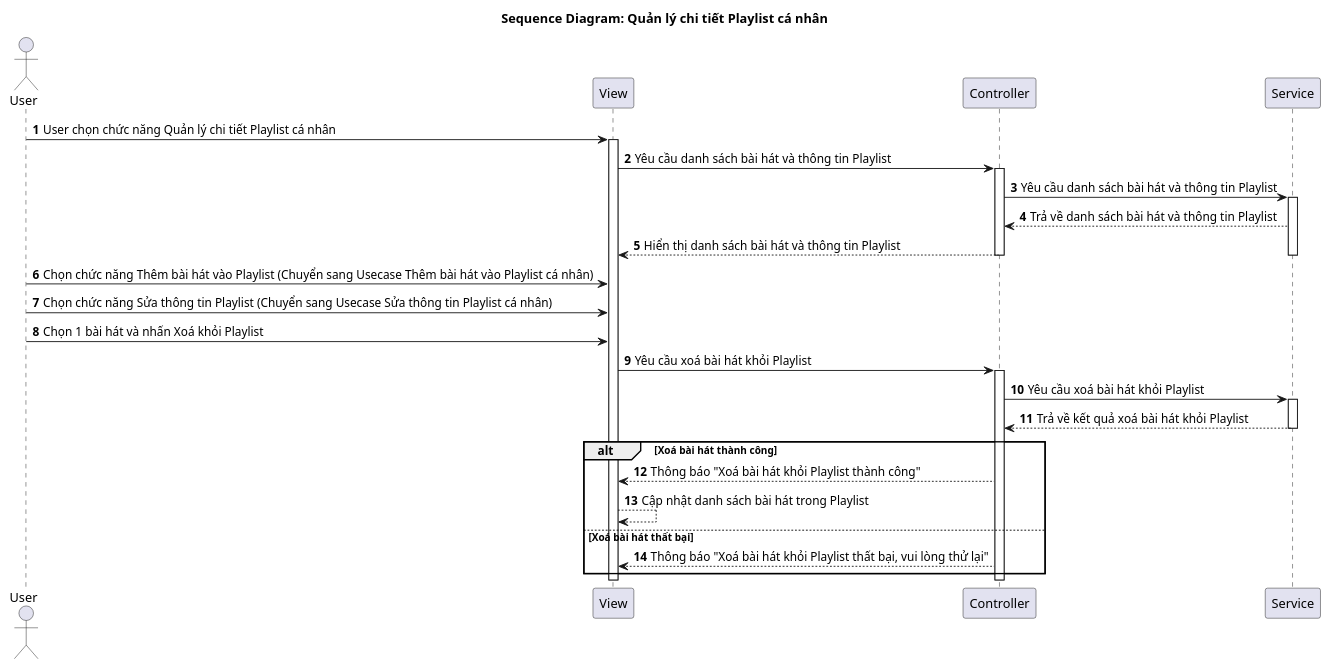
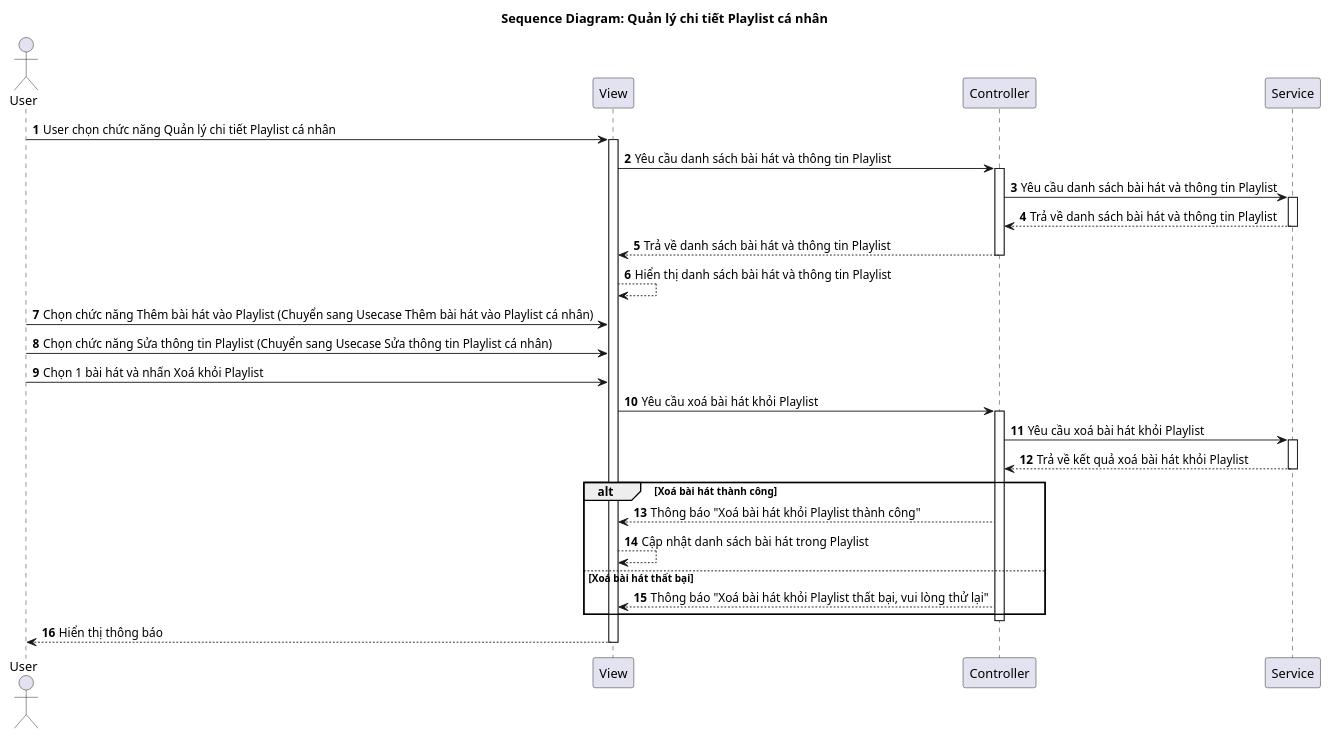
The diagram in Diagrams/SequenceDiagram/ManagePlaylistDetailsSD.plantuml (vinh047/soundwave), drawn with PlantUML before and after one commit. The commit also changed 24 other files, not shown here.

Commit message:
Đổi đường đi của Hiển thị trong SD

```diff
--- a/Diagrams/SequenceDiagram/ManagePlaylistDetailsSD.plantuml
+++ b/Diagrams/SequenceDiagram/ManagePlaylistDetailsSD.plantuml
@@ -1,41 +1,43 @@
 @startuml SD
 
 actor "User" as User
 participant "View" as View
 participant "Controller" as Controller
 participant "Service" as Service
 
 title Sequence Diagram: Quản lý chi tiết Playlist cá nhân
 
 autonumber
 
 User -> View: User chọn chức năng Quản lý chi tiết Playlist cá nhân
 activate View
 View -> Controller: Yêu cầu danh sách bài hát và thông tin Playlist
 activate Controller
 Controller -> Service: Yêu cầu danh sách bài hát và thông tin Playlist
 activate Service
 Service --> Controller: Trả về danh sách bài hát và thông tin Playlist
-Controller --> View: Hiển thị danh sách bài hát và thông tin Playlist
+deactivate Service
+Controller --> View: Trả về danh sách bài hát và thông tin Playlist
 deactivate Controller
-deactivate Service
+View --> View: Hiển thị danh sách bài hát và thông tin Playlist
 
 User -> View: Chọn chức năng Thêm bài hát vào Playlist (Chuyển sang Usecase Thêm bài hát vào Playlist cá nhân)
 User -> View: Chọn chức năng Sửa thông tin Playlist (Chuyển sang Usecase Sửa thông tin Playlist cá nhân)
 
 User -> View: Chọn 1 bài hát và nhấn Xoá khỏi Playlist
 View -> Controller: Yêu cầu xoá bài hát khỏi Playlist
 activate Controller
 Controller -> Service: Yêu cầu xoá bài hát khỏi Playlist
 activate Service
 Service --> Controller: Trả về kết quả xoá bài hát khỏi Playlist
 deactivate Service
 alt Xoá bài hát thành công
     Controller --> View: Thông báo "Xoá bài hát khỏi Playlist thành công"
     View --> View: Cập nhật danh sách bài hát trong Playlist
 else Xoá bài hát thất bại
     Controller --> View: Thông báo "Xoá bài hát khỏi Playlist thất bại, vui lòng thử lại"
 end
 deactivate Controller
+View --> User: Hiển thị thông báo
 deactivate View
 @enduml
```
